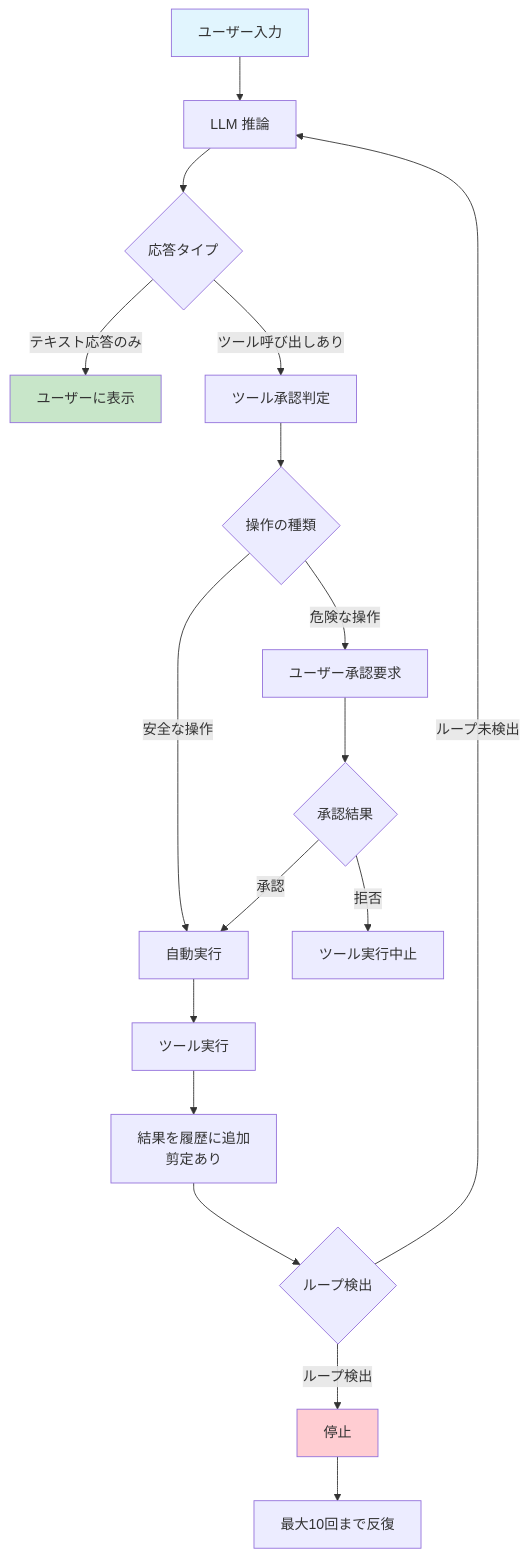
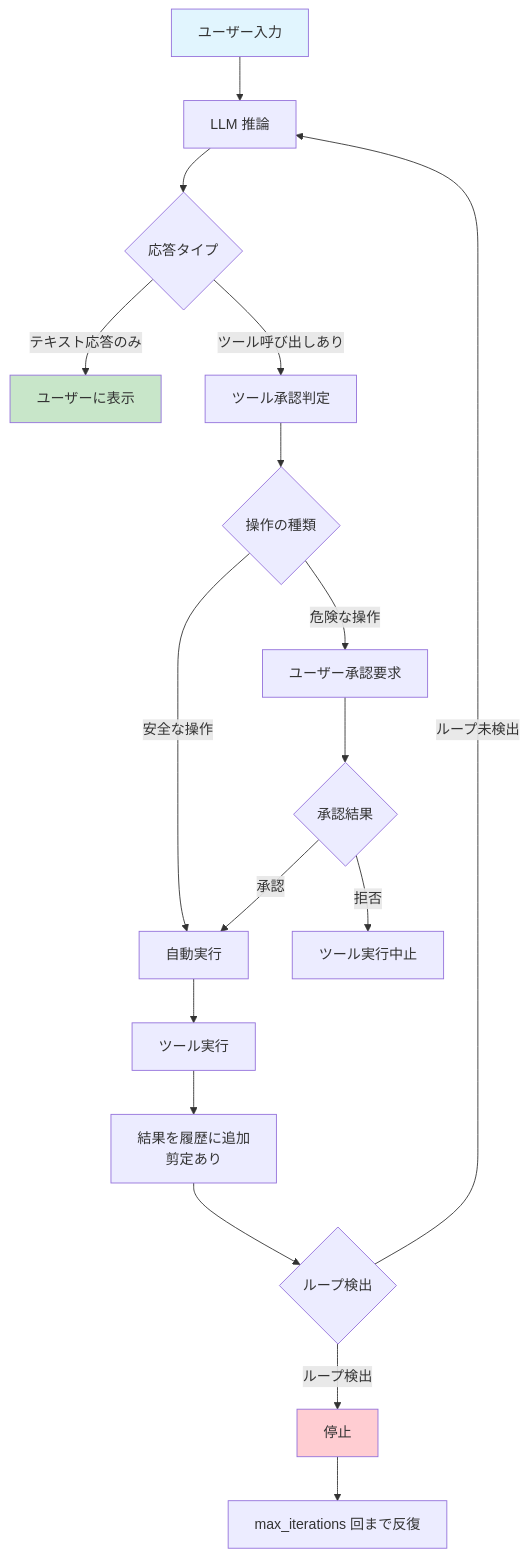
One commit to efn-2101/DeskMCP changed the first of 2 diagrams in README.md. Above: the diagram before and after it, drawn with Mermaid. The commit also changed other lines of this file and 4 other files, not shown here.

````diff
--- a/README.md
+++ b/README.md
@@ -176,23 +176,23 @@
 ```mermaid
 flowchart TD
     A[ユーザー入力] --> B[LLM 推論]
     B --> C{応答タイプ}
     C -->|テキスト応答のみ| D[ユーザーに表示]
     C -->|ツール呼び出しあり| E[ツール承認判定]
     E --> F{操作の種類}
     F -->|安全な操作| G[自動実行]
     F -->|危険な操作| H[ユーザー承認要求]
     H --> I{承認結果}
     I -->|承認| G
     I -->|拒否| J[ツール実行中止]
     G --> K[ツール実行]
     K --> L[結果を履歴に追加<br/>剪定あり]
     L --> M{ループ検出}
     M -->|ループ検出| N[停止]
     M -->|ループ未検出| B
-    N --> O[最大10回まで反復]
+    N --> O[max_iterations 回まで反復]
 
     style A fill:#e1f5fe
     style D fill:#c8e6c9
     style N fill:#ffcdd2
 ```
````
